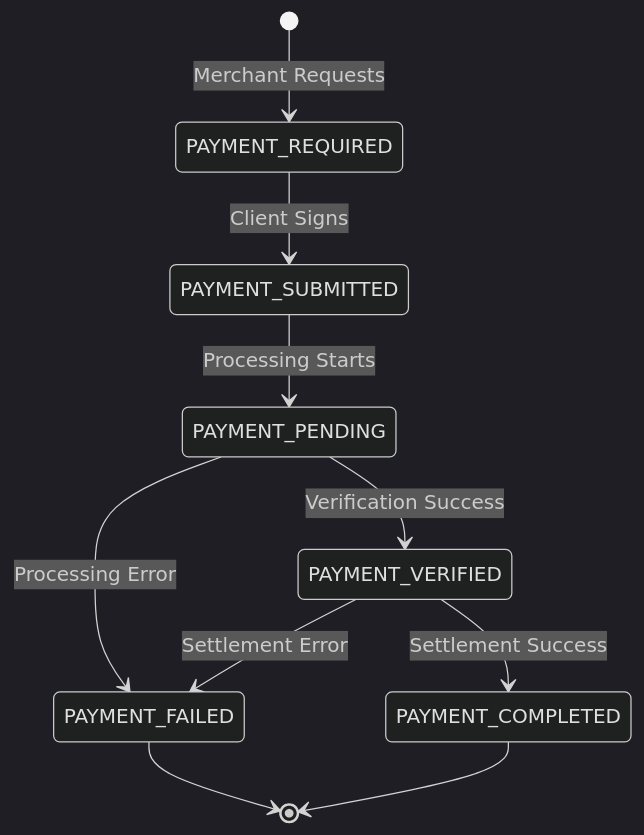
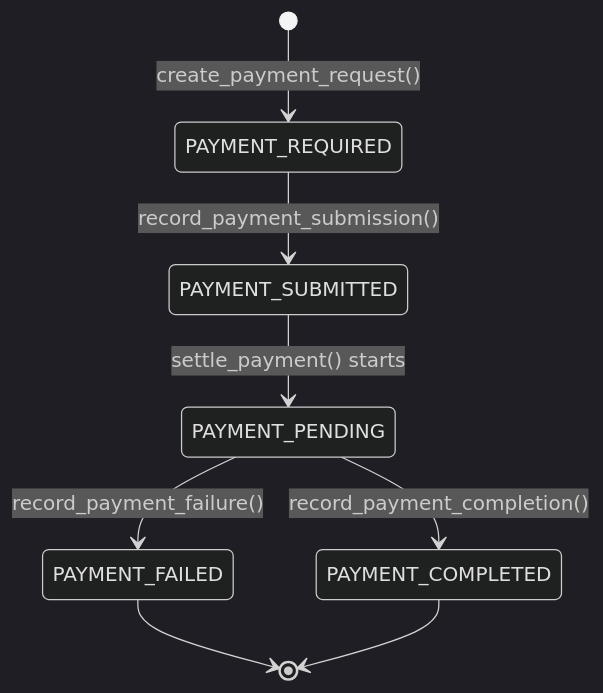
One commit to google-agentic-commerce/a2a-x402 changed the diagram in a2a_x402/README.md. Above: the diagram before and after it, drawn with Mermaid (dark theme). The commit also changed other lines of this file, not shown here.

````diff
--- a/a2a_x402/README.md
+++ b/a2a_x402/README.md
@@ -148,12 +889,10 @@
 ```mermaid
 stateDiagram-v2
-    [*] --> PAYMENT_REQUIRED: Merchant Requests
-    PAYMENT_REQUIRED --> PAYMENT_SUBMITTED: Client Signs
-    PAYMENT_SUBMITTED --> PAYMENT_PENDING: Processing Starts
-    PAYMENT_PENDING --> PAYMENT_VERIFIED: Verification Success
-    PAYMENT_VERIFIED --> PAYMENT_COMPLETED: Settlement Success
-    PAYMENT_PENDING --> PAYMENT_FAILED: Processing Error
-    PAYMENT_VERIFIED --> PAYMENT_FAILED: Settlement Error
+    [*] --> PAYMENT_REQUIRED: create_payment_request()
+    PAYMENT_REQUIRED --> PAYMENT_SUBMITTED: record_payment_submission()
+    PAYMENT_SUBMITTED --> PAYMENT_PENDING: settle_payment() starts
+    PAYMENT_PENDING --> PAYMENT_COMPLETED: record_payment_completion()
+    PAYMENT_PENDING --> PAYMENT_FAILED: record_payment_failure()
     PAYMENT_FAILED --> [*]
     PAYMENT_COMPLETED --> [*]
 ```
````
